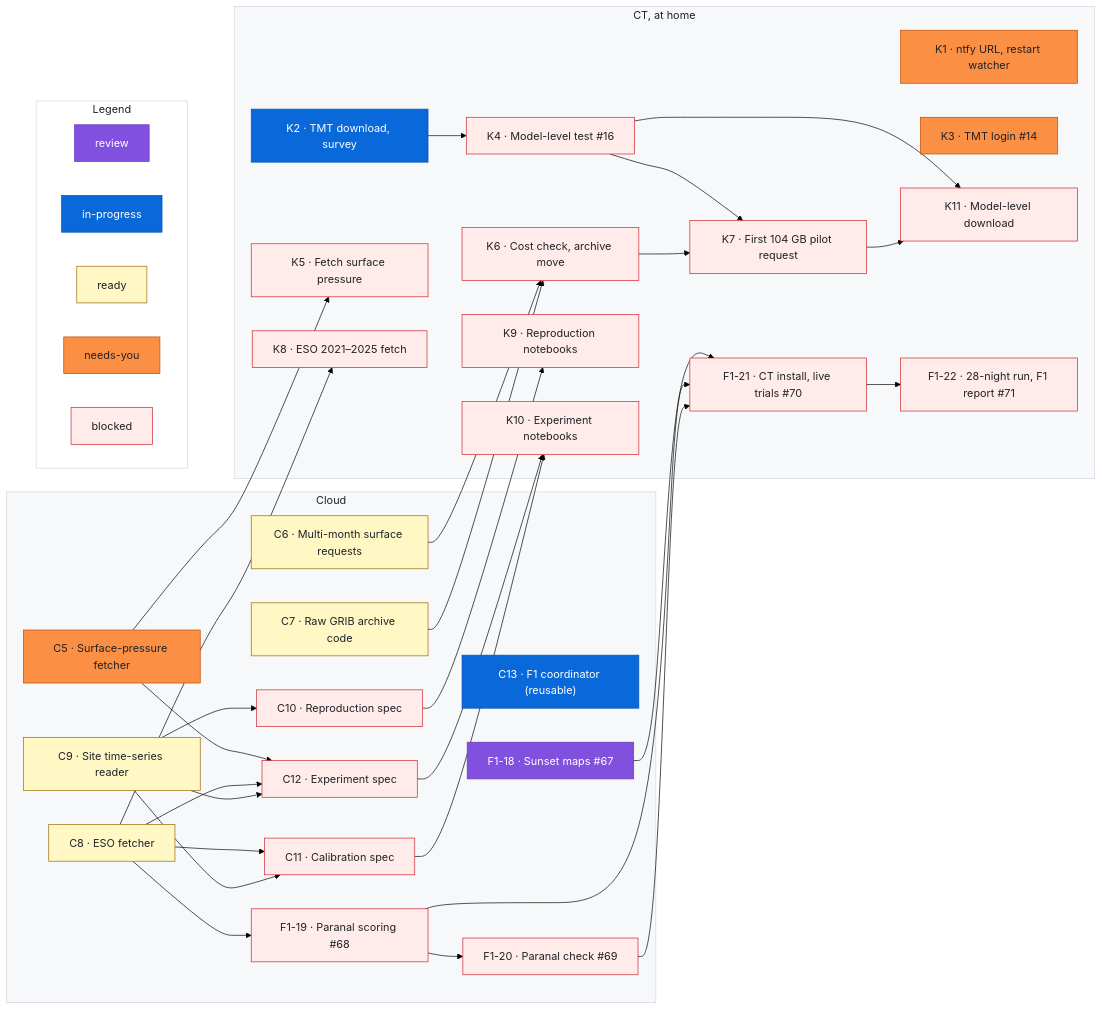
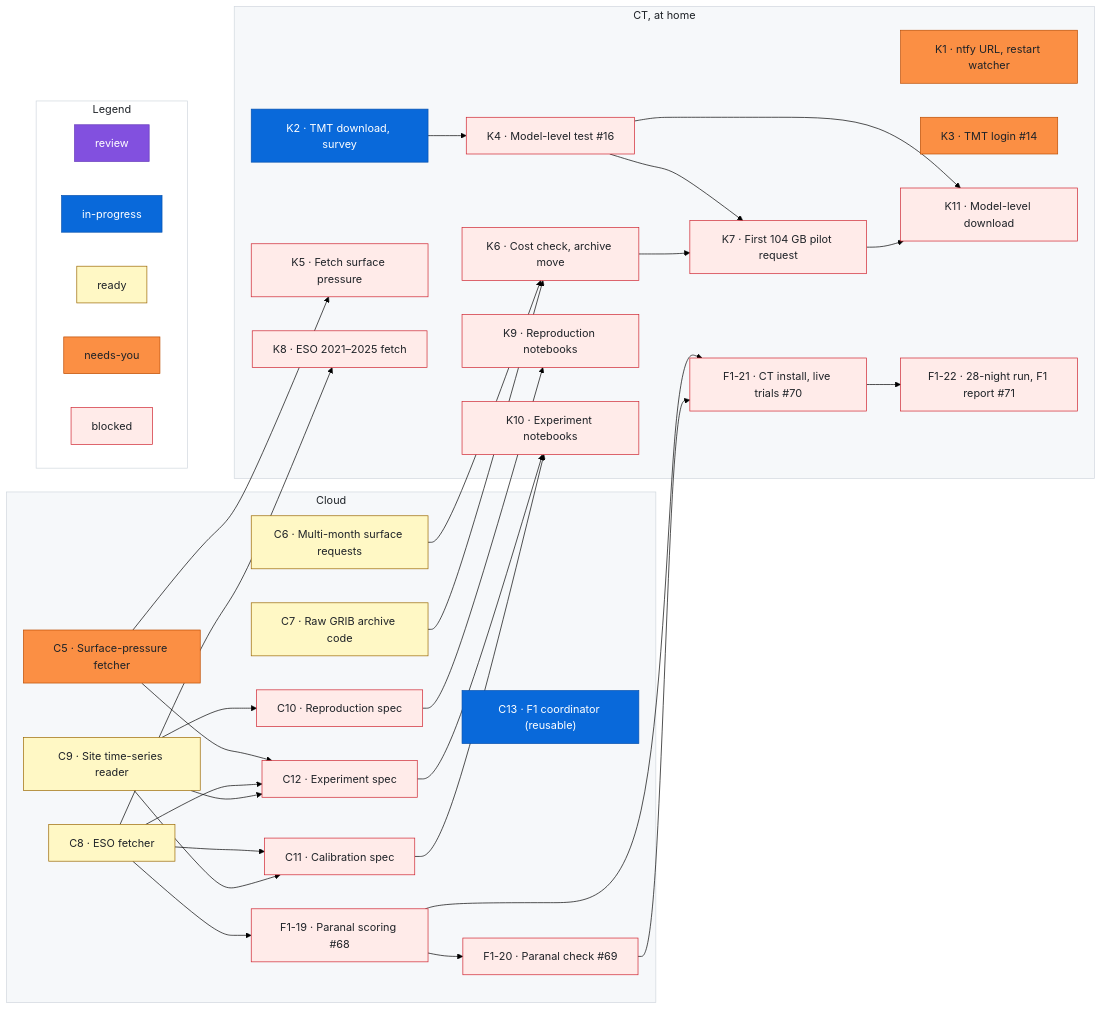
Before and after one commit to rrweller/Astro-seeing: the diagram in docs/roadmap.md, drawn with Mermaid (forest theme). The commit also changed other lines of this file, not shown here.

First line of the commit message:
roadmap: remove F1-18 (#97 merged)

```diff
--- a/docs/roadmap.md
+++ b/docs/roadmap.md
@@ -84,7 +82,6 @@
     C11["C11 · Calibration spec"]
     C12["C12 · Experiment spec"]
     C13["C13 · F1 coordinator (reusable)"]
-    F1_18["F1-18 · Sunset maps #67"]
     F1_19["F1-19 · Paranal scoring #68"]
     F1_20["F1-20 · Paranal check #69"]
   end
@@ -105,7 +102,6 @@
   end
   C8 --> F1_19
   F1_19 --> F1_20
-  F1_18 --> F1_21
   F1_19 --> F1_21
   F1_20 --> F1_21
   F1_21 --> F1_22
@@ -160,8 +156,6 @@
   %% ---
   class C13 inprogress
   %% ---
-  class F1_18 review
-  %% ---
   class F1_19 blocked
   %% ---
   class F1_20 blocked
```
